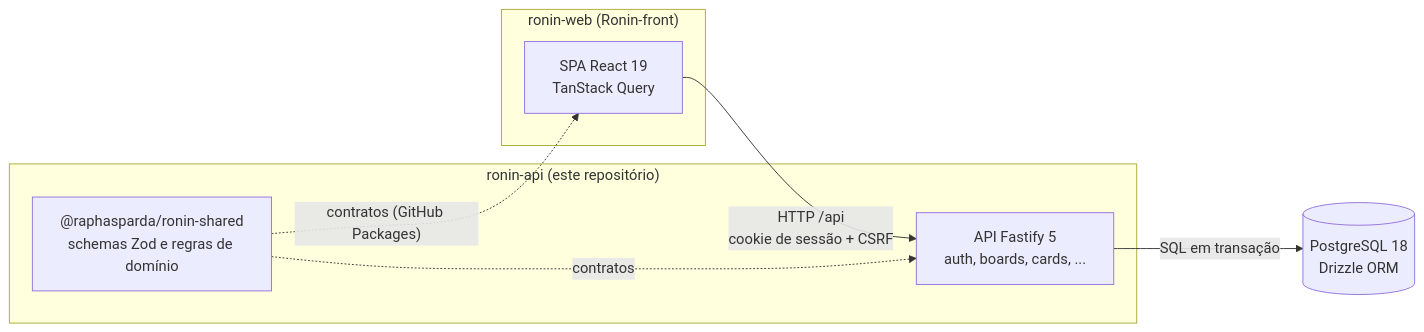
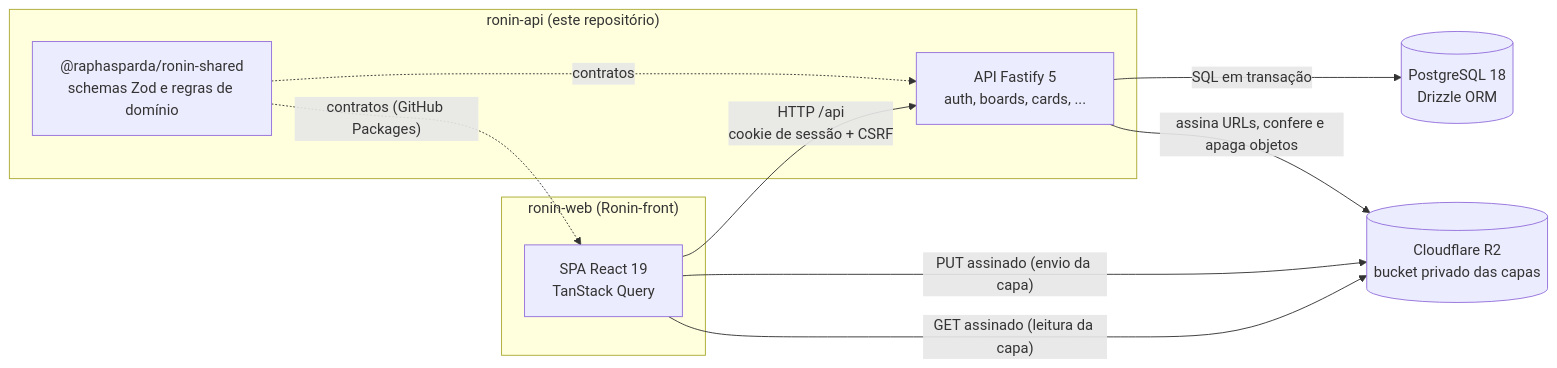
The diagram in README.md (raphasparda/Ronin-End), drawn with Mermaid before and after one commit. The commit also changed other lines of this file and 79 other files, not shown here.

````diff
--- a/README.md
+++ b/README.md
@@ -61,16 +76,20 @@
 ```mermaid
 flowchart LR
     subgraph web["ronin-web (Ronin-front)"]
         SPA["SPA React 19<br/>TanStack Query"]
     end
     subgraph api["ronin-api (este repositório)"]
         API["API Fastify 5<br/>auth, boards, cards, ..."]
         SHARED["@raphasparda/ronin-shared<br/>schemas Zod e regras de domínio"]
     end
     DB[("PostgreSQL 18<br/>Drizzle ORM")]
+    R2[("Cloudflare R2<br/>bucket privado das capas")]
 
     SPA -- "HTTP /api<br/>cookie de sessão + CSRF" --> API
+    SPA -- "PUT assinado (envio da capa)" --> R2
+    SPA -- "GET assinado (leitura da capa)" --> R2
     API -- "SQL em transação" --> DB
+    API -- "assina URLs, confere e apaga objetos" --> R2
     SHARED -. "contratos" .-> API
     SHARED -. "contratos (GitHub Packages)" .-> SPA
 ```
````
